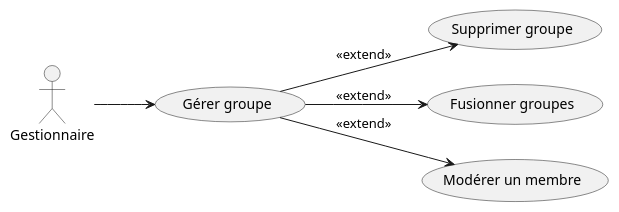
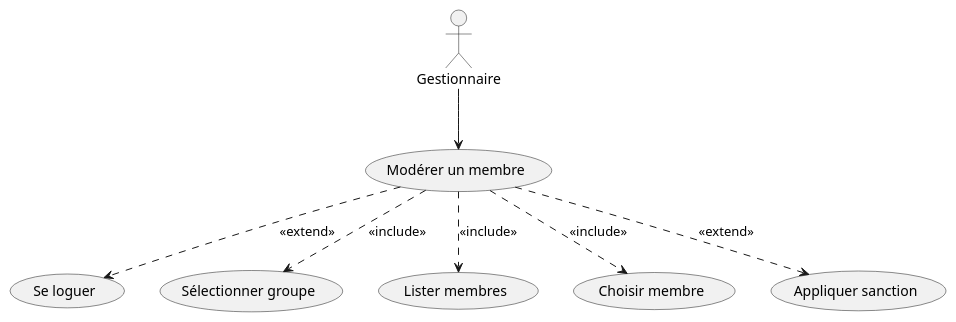
The diagram in Projet1.0/uml/gestionGroupe.puml (SkDAnS/CLIM), drawn with PlantUML before and after one commit. The commit also changed 27 other files, not shown here.

```diff
--- a/Projet1.0/uml/gestionGroupe.puml
+++ b/Projet1.0/uml/gestionGroupe.puml
@@ -1,18 +1,19 @@
 @startuml
-left to right direction
-
 actor Gestionnaire
 
-usecase "Gérer groupe" as UC_Manage
+usecase "Modérer un membre" as UC_Mod
+usecase "Se loguer" as UC_Log
+usecase "Sélectionner groupe" as UC_SelG
+usecase "Lister membres" as UC_ListM
+usecase "Choisir membre" as UC_ChoixM
+usecase "Appliquer sanction" as UC_Sanction
 
-usecase "Supprimer groupe" as UC_Delete
-usecase "Fusionner groupes" as UC_Merge
-usecase "Modérer un membre" as UC_Moderate
+Gestionnaire --> UC_Mod
 
-Gestionnaire --> UC_Manage
-
-UC_Manage --> UC_Delete : <<extend>>
-UC_Manage --> UC_Merge : <<extend>>
-UC_Manage --> UC_Moderate : <<extend>>
+UC_Mod ..> UC_Log : <<extend>>
+UC_Mod ..> UC_SelG : <<include>>
+UC_Mod ..> UC_ListM : <<include>>
+UC_Mod ..> UC_ChoixM : <<include>>
+UC_Mod ..> UC_Sanction : <<extend>>
 
 @enduml
```
